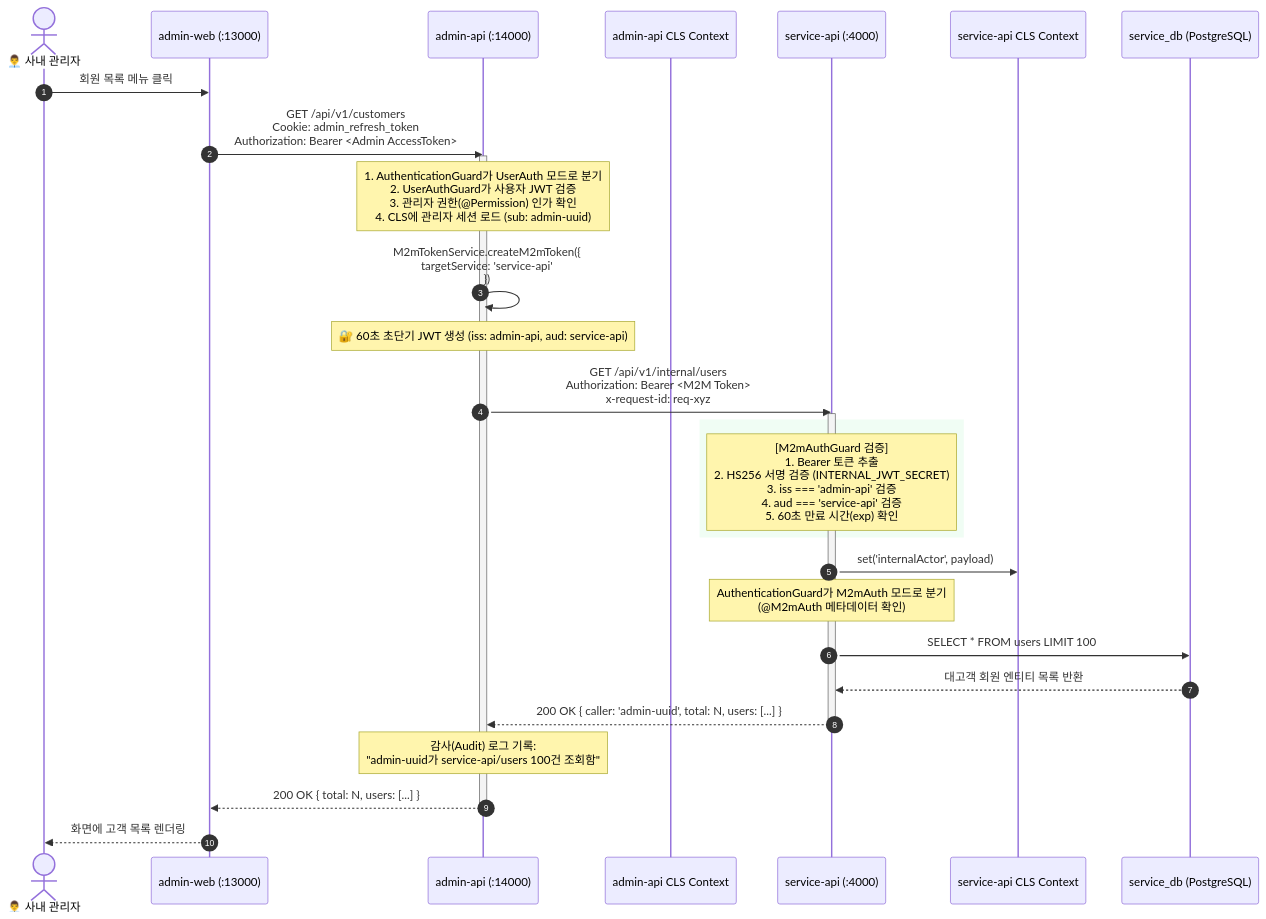
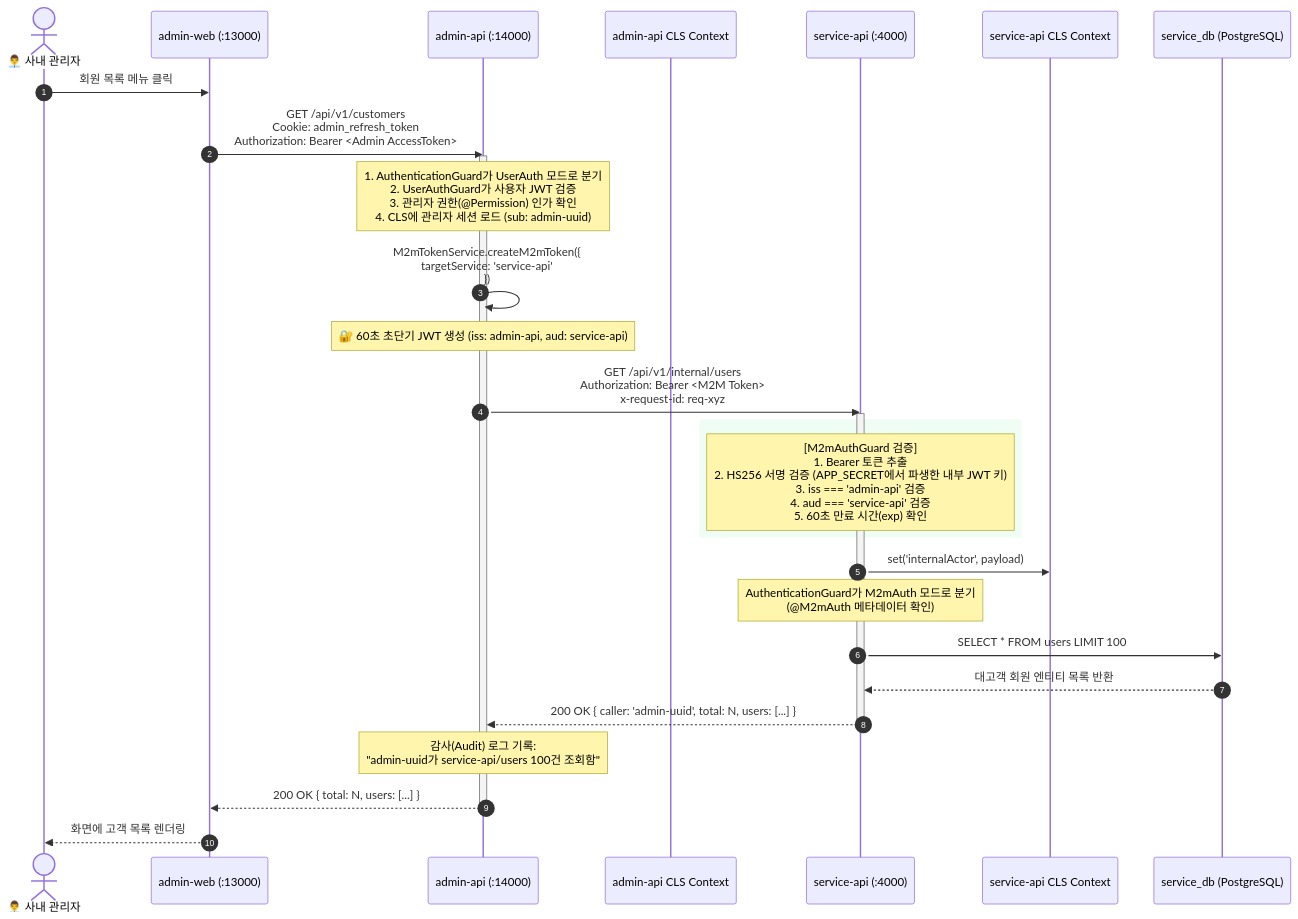
The third of 5 diagrams in docs/m2m-pipeline-architecture.md (JYK0128/web-framework-app), drawn with Mermaid before and after one commit. The commit also changed other lines of this file and 84 other files, not shown here.

````diff
--- a/docs/m2m-pipeline-architecture.md
+++ b/docs/m2m-pipeline-architecture.md
@@ -117,42 +117,42 @@
 ```mermaid
 sequenceDiagram
     autonumber
     actor Admin as 👨‍💼 사내 관리자
     participant AdminWeb as admin-web (:13000)
     participant AdminAPI as admin-api (:14000)
     participant ClsAdmin as admin-api CLS Context
     participant ServiceAPI as service-api (:4000)
     participant ClsService as service-api CLS Context
     participant ServiceDB as service_db (PostgreSQL)
 
     Admin->>AdminWeb: 회원 목록 메뉴 클릭
     AdminWeb->>AdminAPI: GET /api/v1/customers<br/>Cookie: admin_refresh_token<br/>Authorization: Bearer <Admin AccessToken>
 
     activate AdminAPI
     Note over AdminAPI: 1. AuthenticationGuard가 UserAuth 모드로 분기<br/>2. UserAuthGuard가 사용자 JWT 검증<br/>3. 관리자 권한(@Permission) 인가 확인<br/>4. CLS에 관리자 세션 로드 (sub: admin-uuid)
 
     AdminAPI->>AdminAPI: M2mTokenService.createM2mToken({<br/>  targetService: 'service-api'<br/>})
     Note over AdminAPI: 🔐 60초 초단기 JWT 생성 (iss: admin-api, aud: service-api)
 
     AdminAPI->>ServiceAPI: GET /api/v1/internal/users<br/>Authorization: Bearer <M2M Token><br/>x-request-id: req-xyz
     
     activate ServiceAPI
     rect rgb(240, 253, 244)
-    Note over ServiceAPI: [M2mAuthGuard 검증]<br/>1. Bearer 토큰 추출<br/>2. HS256 서명 검증 (INTERNAL_JWT_SECRET)<br/>3. iss === 'admin-api' 검증<br/>4. aud === 'service-api' 검증<br/>5. 60초 만료 시간(exp) 확인
+    Note over ServiceAPI: [M2mAuthGuard 검증]<br/>1. Bearer 토큰 추출<br/>2. HS256 서명 검증 (APP_SECRET에서 파생한 내부 JWT 키)<br/>3. iss === 'admin-api' 검증<br/>4. aud === 'service-api' 검증<br/>5. 60초 만료 시간(exp) 확인
     end
 
     ServiceAPI->>ClsService: set('internalActor', payload)
     Note over ServiceAPI: AuthenticationGuard가 M2mAuth 모드로 분기<br/>(@M2mAuth 메타데이터 확인)
 
     ServiceAPI->>ServiceDB: SELECT * FROM users LIMIT 100
     ServiceDB-->>ServiceAPI: 대고객 회원 엔티티 목록 반환
 
     ServiceAPI-->>AdminAPI: 200 OK { caller: 'admin-uuid', total: N, users: [...] }
     deactivate ServiceAPI
 
     Note over AdminAPI: 감사(Audit) 로그 기록:<br/>"admin-uuid가 service-api/users 100건 조회함"
     AdminAPI-->>AdminWeb: 200 OK { total: N, users: [...] }
     deactivate AdminAPI
 
     AdminWeb-->>Admin: 화면에 고객 목록 렌더링
 ```
````
